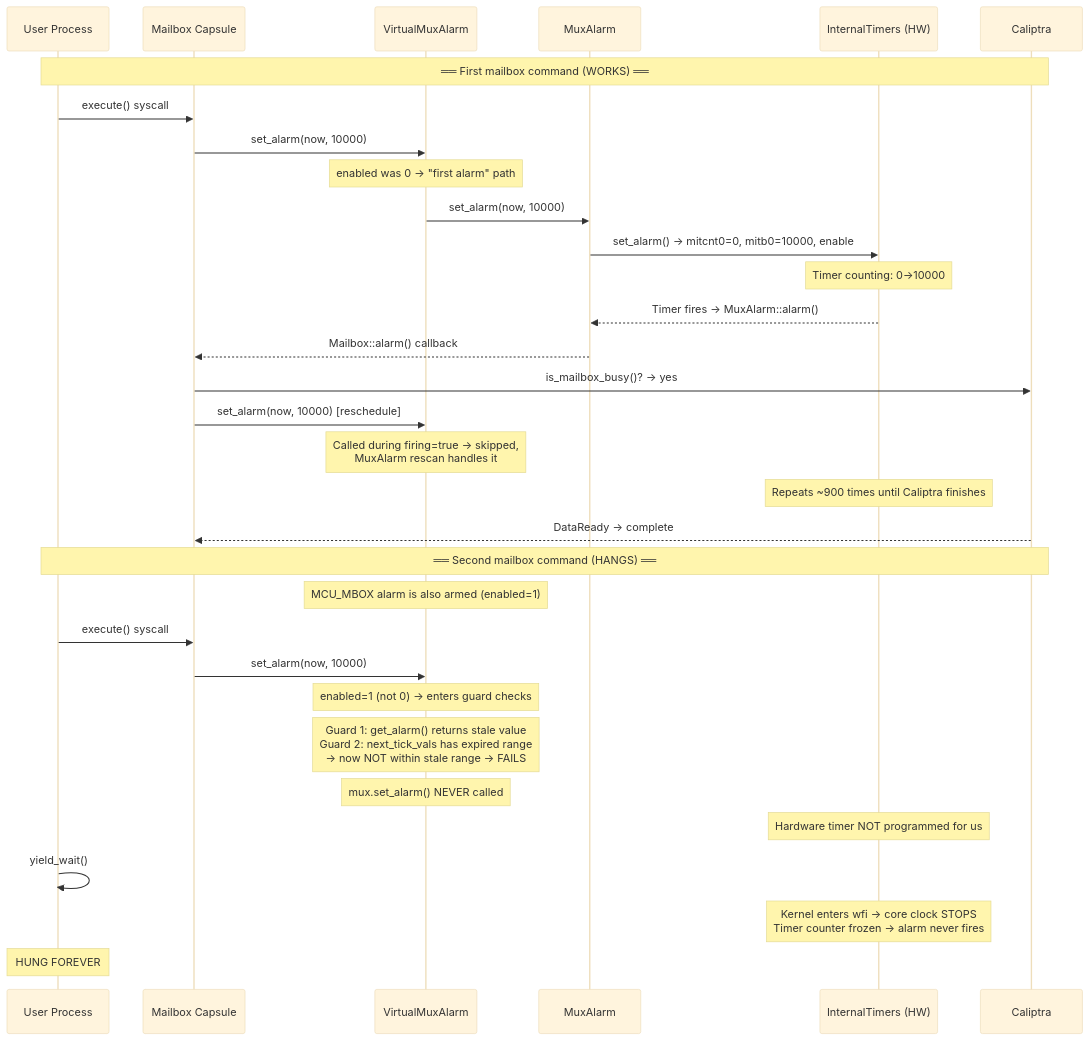
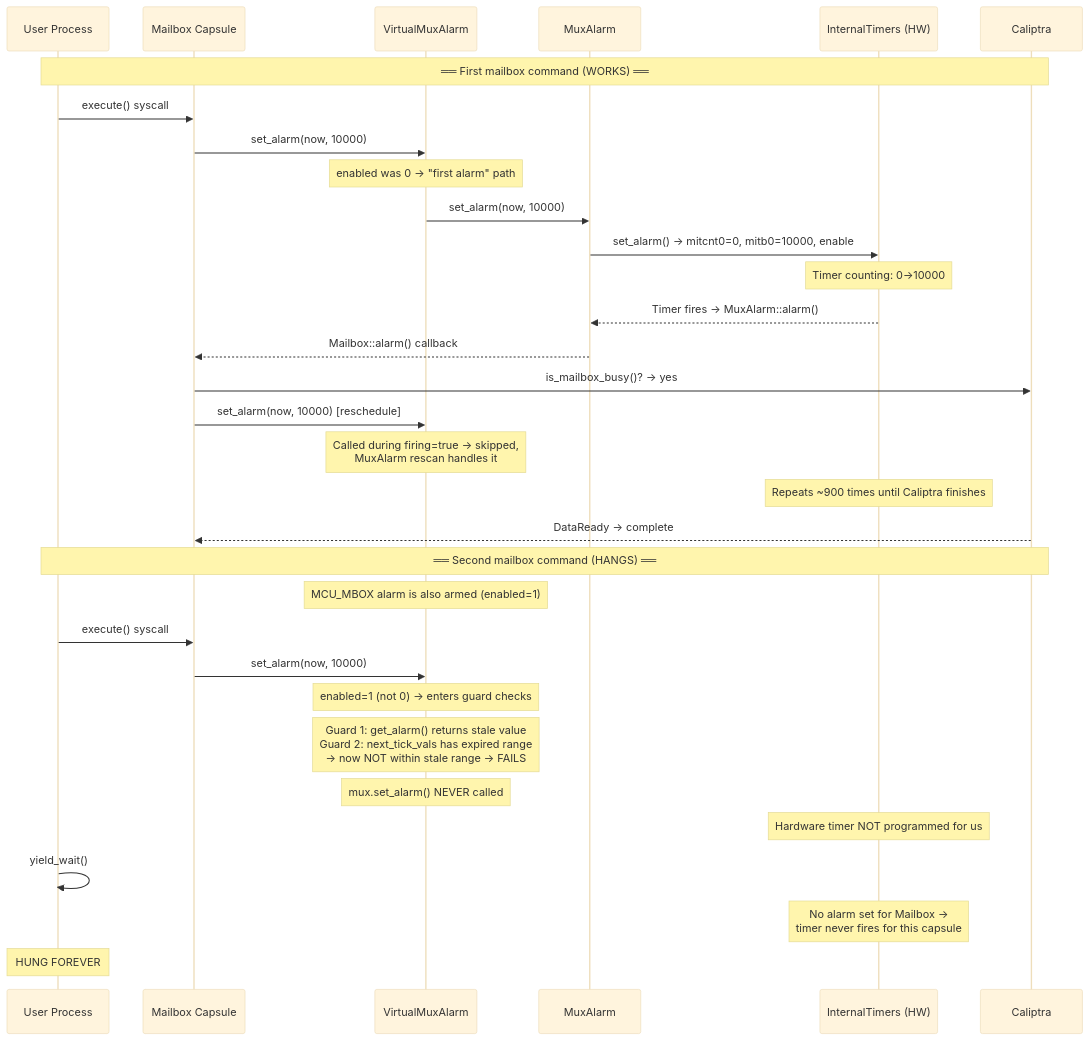
Before and after one commit to chipsalliance/caliptra-mcu-sw: the first of 2 diagrams in docs/src/fpga-timer-alarm-bug.md, drawn with Mermaid (base theme). The commit also changed other lines of this file, not shown here.

````diff
--- a/docs/src/fpga-timer-alarm-bug.md
+++ b/docs/src/fpga-timer-alarm-bug.md
@@ -131,36 +133,36 @@
 ```mermaid
 sequenceDiagram
     participant App as User Process
     participant Mbox as Mailbox Capsule
     participant VA as VirtualMuxAlarm
     participant Mux as MuxAlarm
     participant HW as InternalTimers (HW)
     participant Cal as Caliptra
 
     Note over App,Cal: ══ First mailbox command (WORKS) ══
     App->>Mbox: execute() syscall
     Mbox->>VA: set_alarm(now, 10000)
     Note over VA: enabled was 0 → "first alarm" path
     VA->>Mux: set_alarm(now, 10000)
     Mux->>HW: set_alarm() → mitcnt0=0, mitb0=10000, enable
     Note over HW: Timer counting: 0→10000
     HW-->>Mux: Timer fires → MuxAlarm::alarm()
     Mux-->>Mbox: Mailbox::alarm() callback
     Mbox->>Cal: is_mailbox_busy()? → yes
     Mbox->>VA: set_alarm(now, 10000) [reschedule]
     Note over VA: Called during firing=true → skipped,<br/>MuxAlarm rescan handles it 
     Note over HW: Repeats ~900 times until Caliptra finishes
     Cal-->>Mbox: DataReady → complete 
 
     Note over App,Cal: ══ Second mailbox command (HANGS) ══
     Note over VA: MCU_MBOX alarm is also armed (enabled=1)
     App->>Mbox: execute() syscall
     Mbox->>VA: set_alarm(now, 10000)
     Note over VA: enabled=1 (not 0) → enters guard checks
     Note over VA: Guard 1: get_alarm() returns stale value<br/>Guard 2: next_tick_vals has expired range<br/>→ now NOT within stale range → FAILS
     Note over VA:  mux.set_alarm() NEVER called
     Note over HW: Hardware timer NOT programmed for us
     App->>App: yield_wait()
-    Note over HW: Kernel enters wfi → core clock STOPS<br/>Timer counter frozen → alarm never fires
+    Note over HW: No alarm set for Mailbox →<br/>timer never fires for this capsule
     Note over App:  HUNG FOREVER
 ```
````
